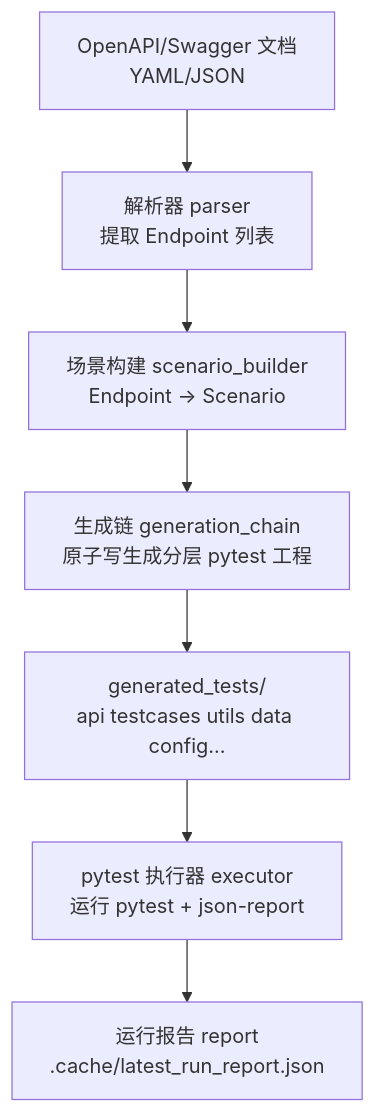
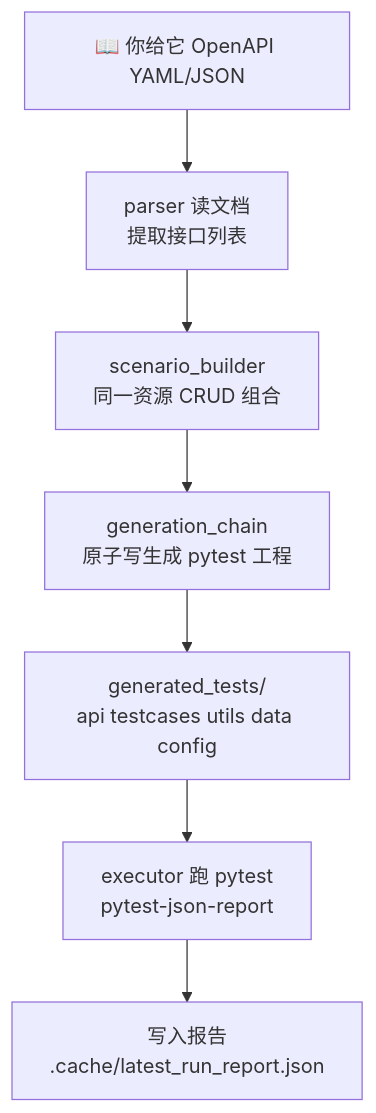
One commit to hanxiwei/api_test_agent_pro changed the first of 2 diagrams in README.md. Above: the diagram before and after it, drawn with Mermaid. The commit also changed other lines of this file, not shown here.

````diff
--- a/README.md
+++ b/README.md
@@ -120,9 +153,9 @@
 ```mermaid
 flowchart TD
-  A[OpenAPI/Swagger 文档<br/>YAML/JSON] --> B[解析器 parser<br/>提取 Endpoint 列表]
-  B --> C[场景构建 scenario_builder<br/>Endpoint -> Scenario]
-  C --> D[生成链 generation_chain<br/>原子写生成分层 pytest 工程]
-  D --> E[generated_tests/<br/>api testcases utils data config...]
-  E --> F[pytest 执行器 executor<br/>运行 pytest + json-report]
-  F --> G[运行报告 report<br/>.cache/latest_run_report.json]
+  A[📖 你给它 OpenAPI YAML/JSON] --> B[parser 读文档<br/>提取接口列表]
+  B --> C[scenario_builder<br/>同一资源 CRUD 组合]
+  C --> D[generation_chain<br/>原子写生成 pytest 工程]
+  D --> E[generated_tests/<br/>api testcases utils data config]
+  E --> F[executor 跑 pytest<br/>pytest-json-report]
+  F --> G[写入报告<br/>.cache/latest_run_report.json]
 ```
````
